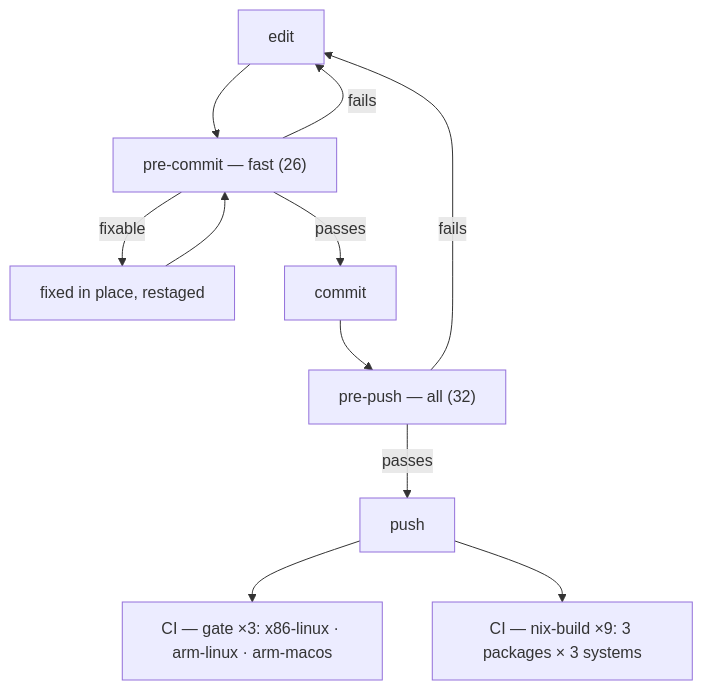
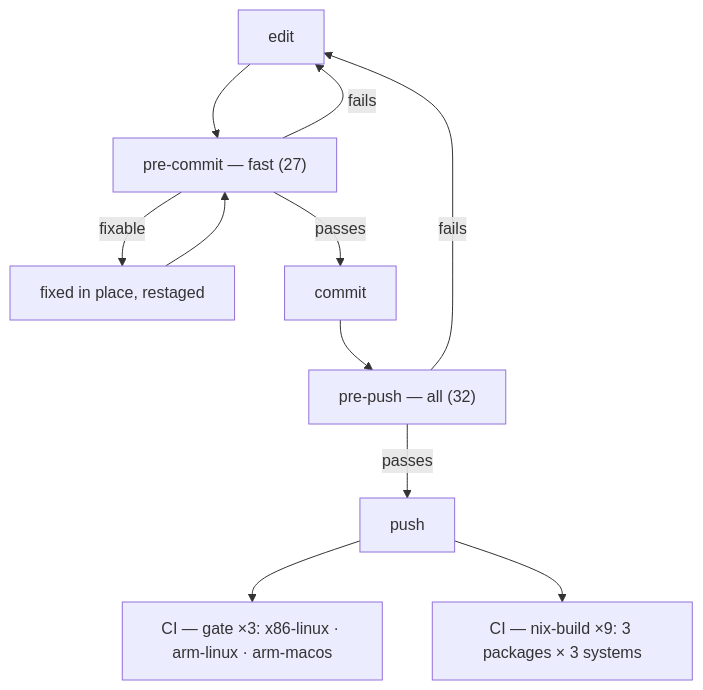
The diagram in docs/INTEGRATION.md (pr0d1r2/itok), drawn with Mermaid before and after one commit. The commit also changed other lines of this file and 7 other files, not shown here.

````diff
--- a/docs/INTEGRATION.md
+++ b/docs/INTEGRATION.md
@@ -55,13 +55,13 @@
 ```mermaid
 flowchart TD
-    A["edit"] --> B["pre-commit — fast (26)"]
+    A["edit"] --> B["pre-commit — fast (27)"]
     B -->|fixable| B2["fixed in place, restaged"]
     B2 --> B
     B -->|fails| A
     B -->|passes| C["commit"]
     C --> D["pre-push — all (32)"]
     D -->|fails| A
     D -->|passes| E["push"]
     E --> F["CI — gate ×3: x86-linux · arm-linux · arm-macos"]
     E --> G["CI — nix-build ×9: 3 packages × 3 systems"]
 ```
````
